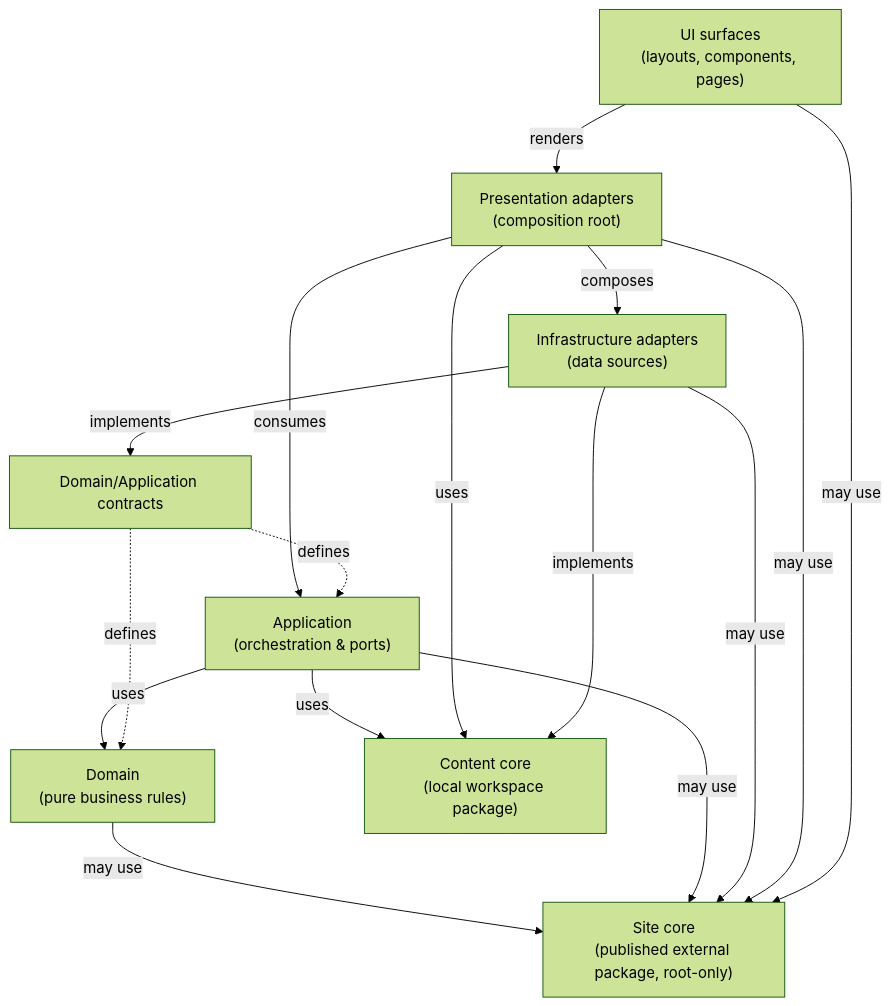
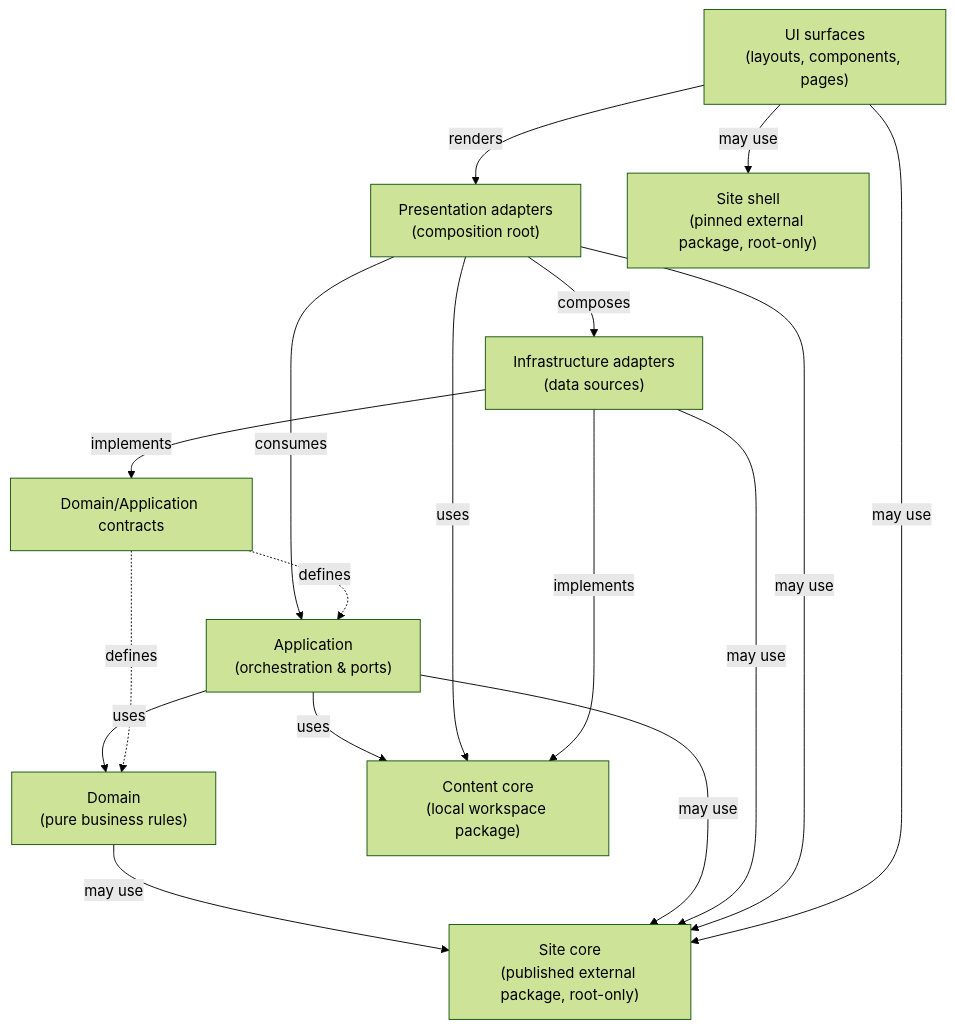
The diagram in docs/architecture/layer-separation.md (r8vnhill/dibs-astro), drawn with Mermaid (forest theme) before and after one commit. The commit also changed other lines of this file and 21 other files, not shown here.

First line of the commit message:
feat: integrate @ravenhill/astro-site-shell package and enhance layer boundary checks

````diff
--- a/docs/architecture/layer-separation.md
+++ b/docs/architecture/layer-separation.md
@@ -120,27 +126,29 @@
 ```mermaid
 graph TD
     UI["UI surfaces<br/>(layouts, components, pages)"]
     PA["Presentation adapters<br/>(composition root)"]
     APP["Application<br/>(orchestration & ports)"]
     DOMAIN["Domain<br/>(pure business rules)"]
     CONTENT["Content core<br/>(local workspace package)"]
     SITE["Site core<br/>(published external package, root-only)"]
+    SHELL["Site shell<br/>(pinned external package, root-only)"]
     INFRA["Infrastructure adapters<br/>(data sources)"]
     CONTRACTS["Domain/Application contracts"]
     
     UI -->|renders| PA
     PA -->|consumes| APP
     APP -->|uses| DOMAIN
     APP -->|uses| CONTENT
     PA -->|uses| CONTENT
     DOMAIN -->|may use| SITE
     APP -->|may use| SITE
     INFRA -->|may use| SITE
     PA -->|may use| SITE
     UI -->|may use| SITE
+    UI -->|may use| SHELL
     INFRA -->|implements| CONTENT
     PA -->|composes| INFRA
     INFRA -->|implements| CONTRACTS
     CONTRACTS -.->|defines| DOMAIN
     CONTRACTS -.->|defines| APP
 ```
````
